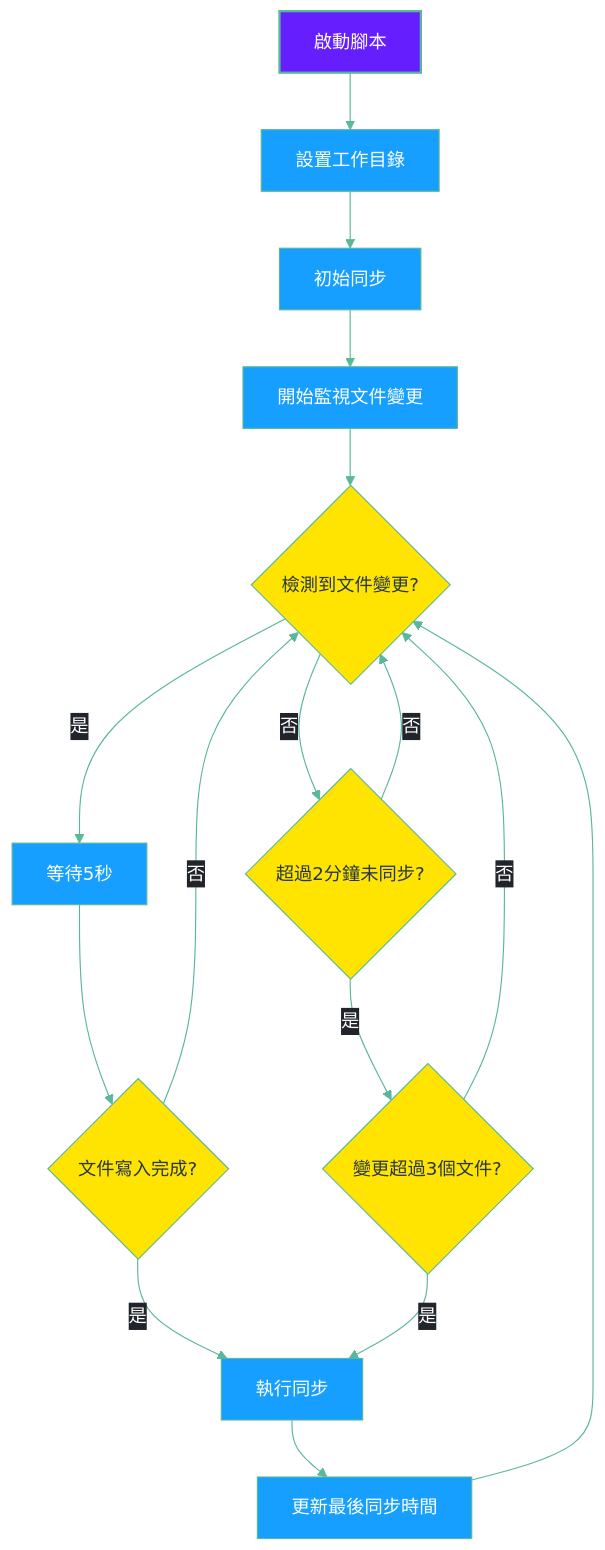
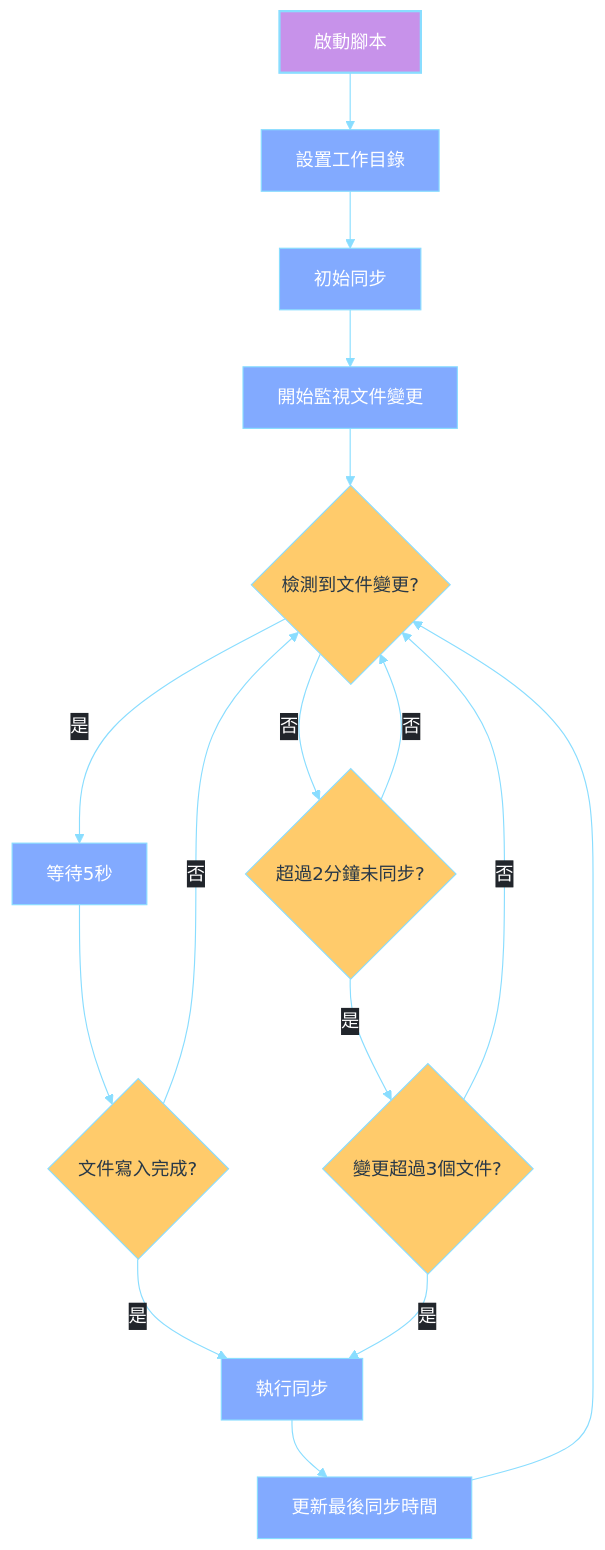
Before and after one commit to GengGeng026/Sync-Logseq: the second of 2 diagrams in Logseq同步方案演進記錄.md, drawn with Mermaid. The commit also changed other lines of this file, not shown here.

````diff
--- a/Logseq同步方案演進記錄.md
+++ b/Logseq同步方案演進記錄.md
@@ -364,52 +371,52 @@
 ```mermaid
 %%{init: {
   'theme': 'base', 
   'themeVariables': {
-    'primaryColor': '#179FFF',
+    'primaryColor': '#82AAFF',
     'primaryTextColor': '#FFFFFF',
-    'primaryBorderColor': '#179FFF',
-    'lineColor': '#59B79A',
-    'secondaryColor': '#651FFF',
-    'tertiaryColor': '#FF7D78',
+    'primaryBorderColor': '#82AAFF',
+    'lineColor': '#89DDFF',
+    'secondaryColor': '#C792EA',
+    'tertiaryColor': '#F07178',
     'background': 'transparent',
-    'textColor': '#FFFFFF',
+    'textColor': '#EEFFFF',
     'mainBkg': '#273747',
-    'nodeBorder': '#59B79A',
+    'nodeBorder': '#89DDFF',
     'clusterBkg': 'transparent',
     'edgeLabelBackground': '#21252B'
   },
   'flowchart': {
     'curve': 'basis',
     'nodeSpacing': 50,
     'rankSpacing': 50,
     'padding': 15
   }
 }}%%
 flowchart TD
     %% 節點樣式優化
-    classDef start fill:#651FFF,stroke:#59B79A,color:#FFFFFF,stroke-width:2px;
-    classDef process fill:#179FFF,stroke:#59B79A,color:#FFFFFF,stroke-width:1px;
-    classDef condition fill:#FFE402,stroke:#59B79A,color:#273747,stroke-width:1px,shape:diamond;
-    classDef action fill:#FF7D78,stroke:#59B79A,color:#FFFFFF,stroke-width:1px;
+    classDef start fill:#C792EA,stroke:#89DDFF,color:#FFFFFF,stroke-width:2px;
+    classDef process fill:#82AAFF,stroke:#89DDFF,color:#FFFFFF,stroke-width:1px;
+    classDef condition fill:#FFCB6B,stroke:#89DDFF,color:#273747,stroke-width:1px,shape:diamond;
+    classDef action fill:#F07178,stroke:#89DDFF,color:#FFFFFF,stroke-width:1px;
     
     A[啟動腳本] --> B[設置工作目錄]
     B --> C[初始同步]
     C --> D[開始監視文件變更]
     D --> E{檢測到文件變更?}
     E -->|是| F[等待5秒]
     F --> G{文件寫入完成?}
     G -->|是| H[執行同步]
     G -->|否| E
     E -->|否| I{超過2分鐘未同步?}
     I -->|是| J{變更超過3個文件?}
     J -->|是| H
     J -->|否| E
     I -->|否| E
     H --> K[更新最後同步時間]
     K --> E
     
     %% 應用樣式
     class A start;
     class B,C,D,F,H,K process;
     class E,G,I,J condition;
 ```
````
